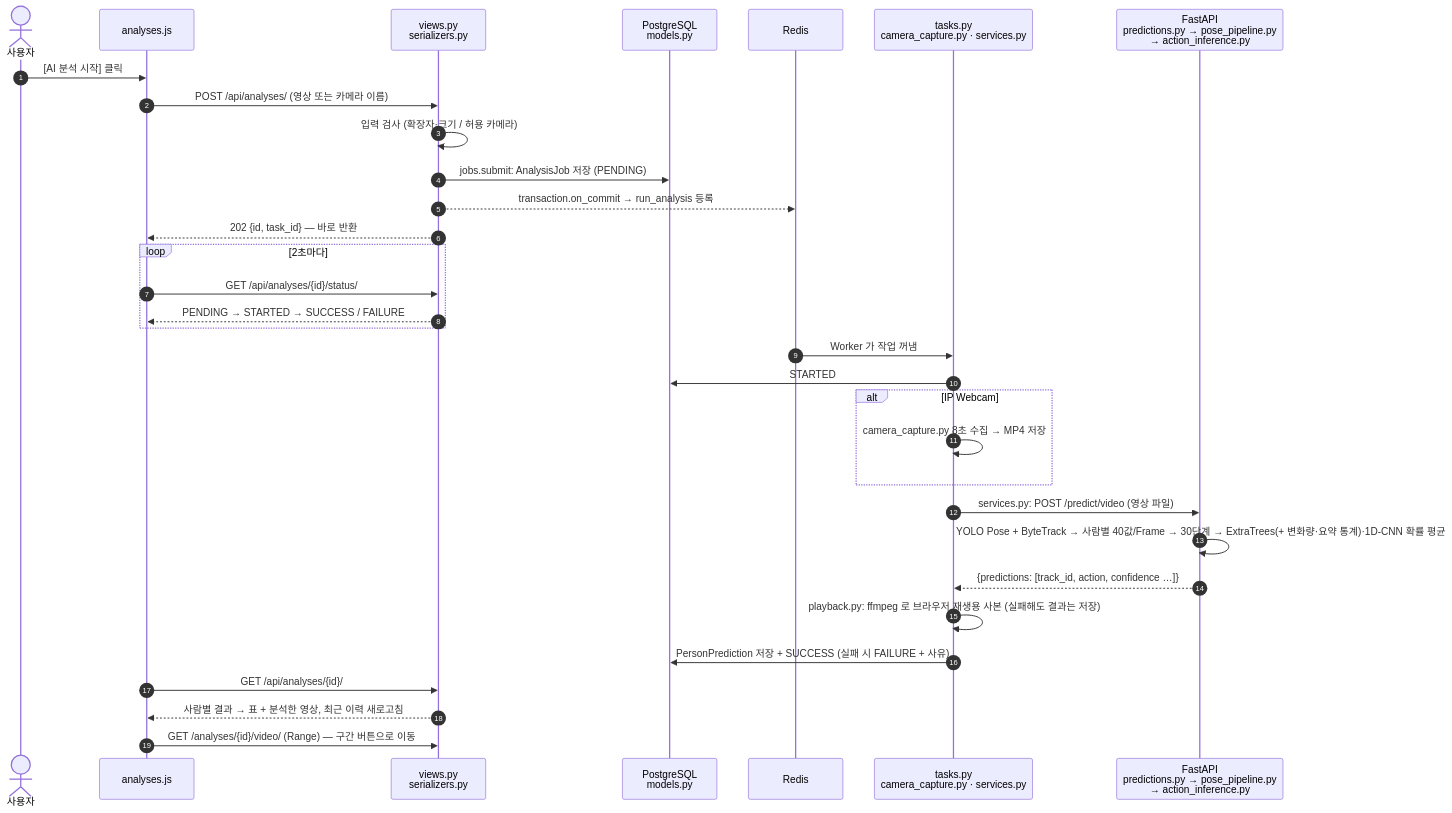
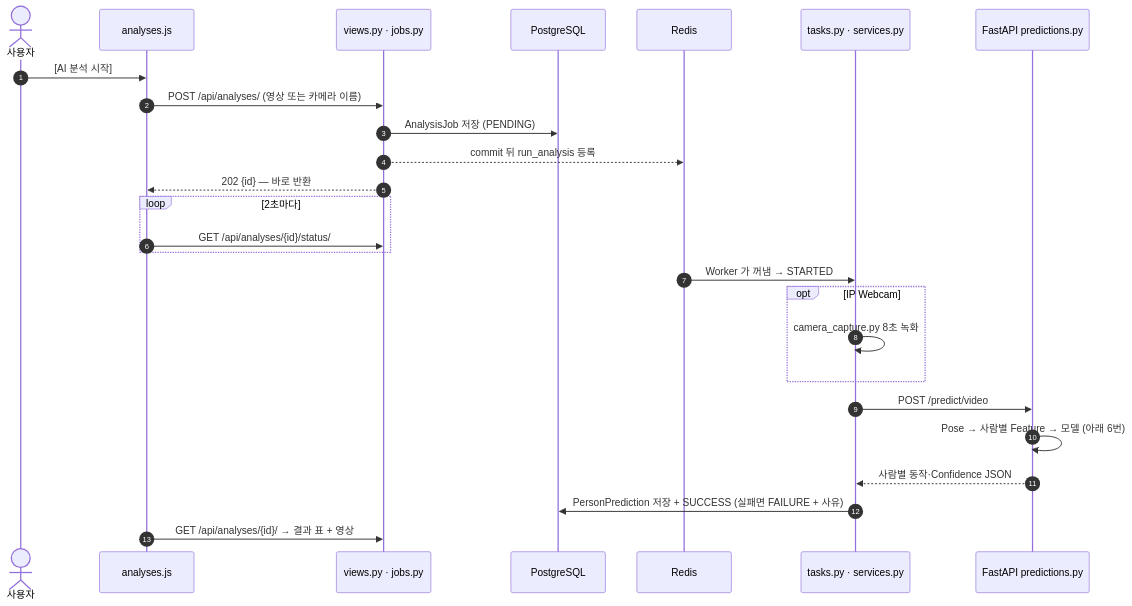
The fourth of 5 diagrams in README.md (wlgptjd333/store-anomaly-service), drawn with Mermaid before and after one commit. The commit also changed other lines of this file and 32 other files, not shown here.

````diff
--- a/README.md
+++ b/README.md
@@ -209,35 +165,29 @@
 ```mermaid
 sequenceDiagram
     autonumber
     actor U as 사용자
     participant JS as analyses.js
-    participant V as views.py<br/>serializers.py
-    participant DB as PostgreSQL<br/>models.py
+    participant V as views.py · jobs.py
+    participant DB as PostgreSQL
     participant Q as Redis
-    participant T as tasks.py<br/>camera_capture.py · services.py
-    participant F as FastAPI<br/>predictions.py → pose_pipeline.py<br/>→ action_inference.py
+    participant T as tasks.py · services.py
+    participant F as FastAPI predictions.py
 
-    U->>JS: [AI 분석 시작] 클릭
+    U->>JS: [AI 분석 시작]
     JS->>V: POST /api/analyses/ (영상 또는 카메라 이름)
-    V->>V: 입력 검사 (확장자·크기 / 허용 카메라)
-    V->>DB: jobs.submit: AnalysisJob 저장 (PENDING)
-    V-->>Q: transaction.on_commit → run_analysis 등록
-    V-->>JS: 202 {id, task_id} — 바로 반환
+    V->>DB: AnalysisJob 저장 (PENDING)
+    V-->>Q: commit 뒤 run_analysis 등록
+    V-->>JS: 202 {id} — 바로 반환
     loop 2초마다
         JS->>V: GET /api/analyses/{id}/status/
-        V-->>JS: PENDING → STARTED → SUCCESS / FAILURE
     end
-    Q->>T: Worker 가 작업 꺼냄
-    T->>DB: STARTED
-    alt IP Webcam
-        T->>T: camera_capture.py 8초 수집 → MP4 저장
+    Q->>T: Worker 가 꺼냄 → STARTED
+    opt IP Webcam
+        T->>T: camera_capture.py 8초 녹화
     end
-    T->>F: services.py: POST /predict/video (영상 파일)
-    F->>F: YOLO Pose + ByteTrack → 사람별 40값/Frame → 30단계 → ExtraTrees(+ 변화량·요약 통계)·1D-CNN 확률 평균
-    F-->>T: {predictions: [track_id, action, confidence …]}
-    T->>T: playback.py: ffmpeg 로 브라우저 재생용 사본 (실패해도 결과는 저장)
-    T->>DB: PersonPrediction 저장 + SUCCESS (실패 시 FAILURE + 사유)
-    JS->>V: GET /api/analyses/{id}/
-    V-->>JS: 사람별 결과 → 표 + 분석한 영상, 최근 이력 새로고침
-    JS->>V: GET /analyses/{id}/video/ (Range) — 구간 버튼으로 이동
+    T->>F: POST /predict/video
+    F->>F: Pose → 사람별 Feature → 모델 (아래 6번)
+    F-->>T: 사람별 동작·Confidence JSON
+    T->>DB: PersonPrediction 저장 + SUCCESS (실패면 FAILURE + 사유)
+    JS->>V: GET /api/analyses/{id}/ → 결과 표 + 영상
 ```
````
